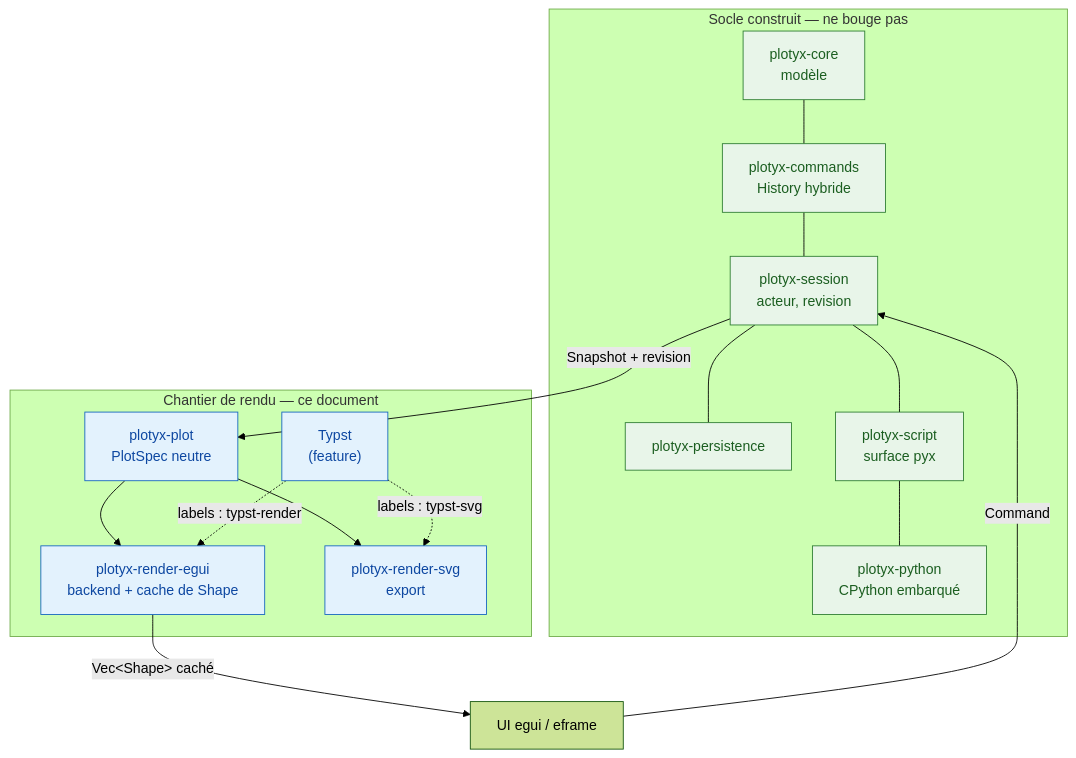
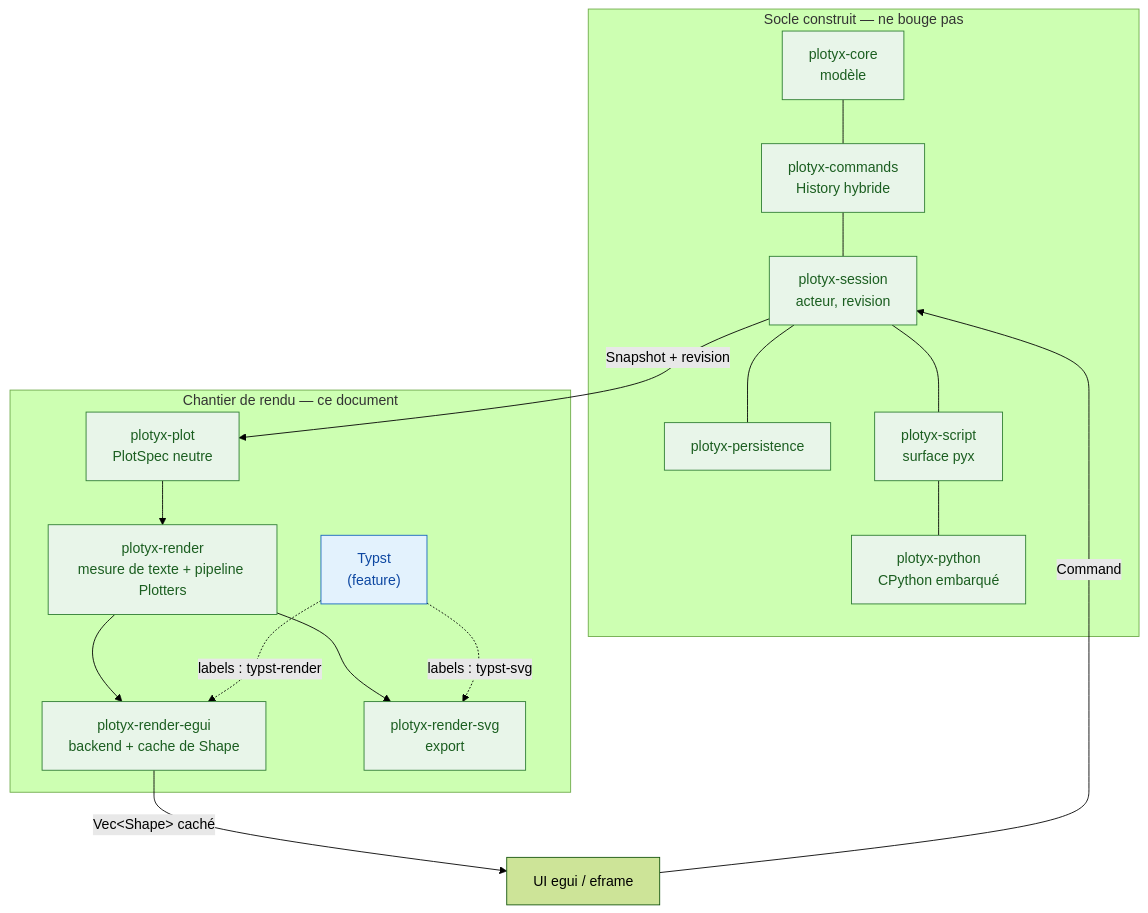
The diagram in docs/newarchitecture/architecture-choisie.md (Marek9935/StokesForge), drawn with Mermaid (forest theme) before and after one commit. The commit also changed other lines of this file and 3 other files, not shown here.

````diff
--- a/docs/newarchitecture/architecture-choisie.md
+++ b/docs/newarchitecture/architecture-choisie.md
@@ -494,39 +578,42 @@
 ```mermaid
 flowchart TD
     subgraph socle["Socle construit — ne bouge pas"]
         Core["plotyx-core<br/>modèle"]
         Cmd["plotyx-commands<br/>History hybride"]
         Sess["plotyx-session<br/>acteur, revision"]
         Persist["plotyx-persistence"]
         Py["plotyx-python<br/>CPython embarqué"]
         Script["plotyx-script<br/>surface pyx"]
     end
 
     subgraph rendu["Chantier de rendu — ce document"]
         Spec["plotyx-plot<br/>PlotSpec neutre"]
+        Shared["plotyx-render<br/>mesure de texte + pipeline Plotters"]
         REgui["plotyx-render-egui<br/>backend + cache de Shape"]
         RSvg["plotyx-render-svg<br/>export"]
         Typst["Typst<br/>(feature)"]
     end
 
     UI["UI egui / eframe"]
 
     Core --- Cmd
     Cmd --- Sess
     Sess --- Persist
     Sess --- Script
     Script --- Py
 
     Sess -->|Snapshot + revision| Spec
-    Spec --> REgui
-    Spec --> RSvg
+    Spec --> Shared
+    Shared --> REgui
+    Shared --> RSvg
     Typst -.->|labels : typst-render| REgui
     Typst -.->|labels : typst-svg| RSvg
     REgui -->|Vec&lt;Shape&gt; caché| UI
     UI -->|Command| Sess
 
     classDef done fill:#e8f5e9,stroke:#2e7d32,color:#1b5e20;
     classDef todo fill:#e3f2fd,stroke:#1565c0,color:#0d47a1;
     class Core,Cmd,Sess,Persist,Py,Script done;
-    class Spec,REgui,RSvg,Typst todo;
+    class Spec,REgui,RSvg,Shared done;
+    class Typst todo;
 ```
````
